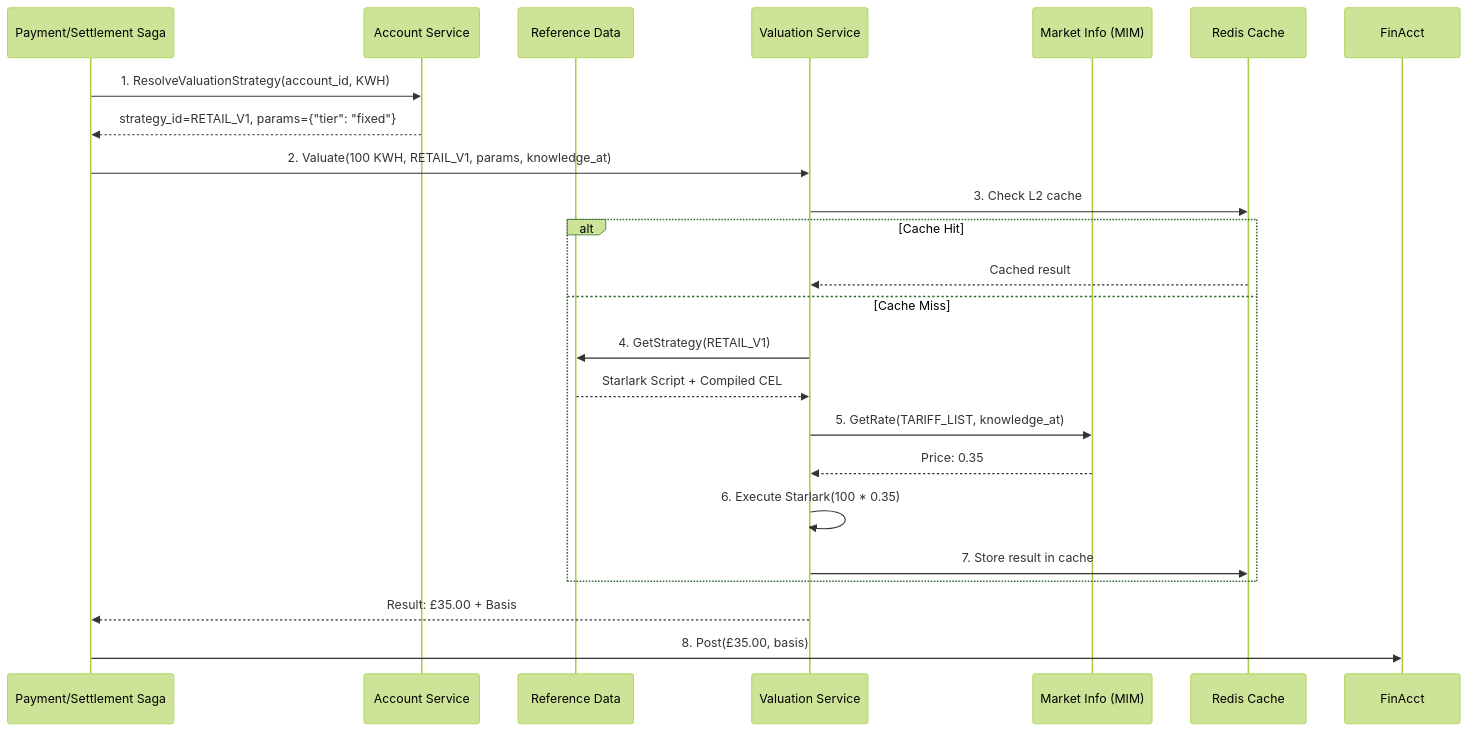
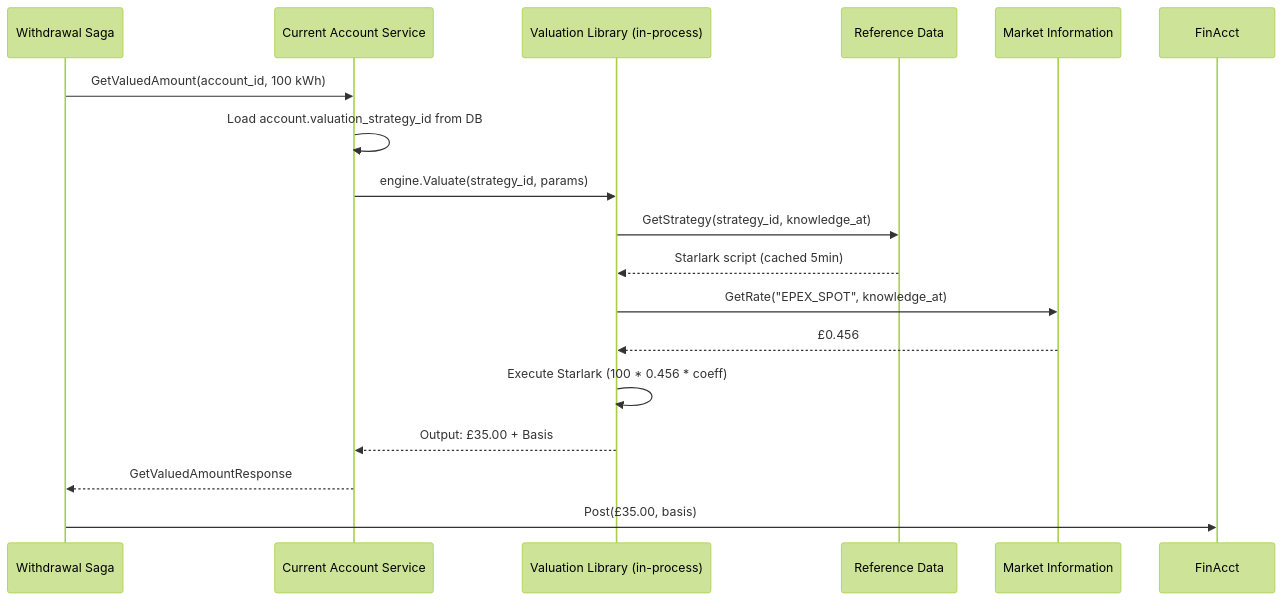
One commit to meridianhub/meridian changed the diagram in docs/prd/valuation-service.md. Above: the diagram before and after it, drawn with Mermaid (forest theme). The commit also changed other lines of this file, not shown here.

First line of the commit message:
docs: revise Valuation PRD - embedded library over standalone service

````diff
--- a/docs/prd/valuation-service.md
+++ b/docs/prd/valuation-service.md
@@ -404,32 +335,26 @@
 ```mermaid
 sequenceDiagram
-    participant Saga as Payment/Settlement Saga
-    participant Account as Account Service
+    participant Saga as Withdrawal Saga
+    participant Account as Current Account Service
+    participant Lib as Valuation Library (in-process)
     participant Ref as Reference Data
-    participant Val as Valuation Service
-    participant MIM as Market Info (MIM)
-    participant Cache as Redis Cache
+    participant MIM as Market Information
 
-    Saga->>Account: 1. ResolveValuationStrategy(account_id, KWH)
-    Account-->>Saga: strategy_id=RETAIL_V1, params={"tier": "fixed"}
+    Saga->>Account: GetValuedAmount(account_id, 100 kWh)
+    Account->>Account: Load account.valuation_strategy_id from DB
 
-    Saga->>Val: 2. Valuate(100 KWH, RETAIL_V1, params, knowledge_at)
+    Account->>Lib: engine.Valuate(strategy_id, params)
 
-    Val->>Cache: 3. Check L2 cache
-    alt Cache Hit
-        Cache-->>Val: Cached result
-    else Cache Miss
-        Val->>Ref: 4. GetStrategy(RETAIL_V1)
-        Ref-->>Val: Starlark Script + Compiled CEL
+    Lib->>Ref: GetStrategy(strategy_id, knowledge_at)
+    Ref-->>Lib: Starlark script (cached 5min)
 
-        Val->>MIM: 5. GetRate(TARIFF_LIST, knowledge_at)
-        MIM-->>Val: Price: 0.35
+    Lib->>MIM: GetRate("EPEX_SPOT", knowledge_at)
+    MIM-->>Lib: £0.456
 
-        Val->>Val: 6. Execute Starlark(100 * 0.35)
-        Val->>Cache: 7. Store result in cache
-    end
+    Lib->>Lib: Execute Starlark (100 * 0.456 * coeff)
+    Lib-->>Account: Output: £35.00 + Basis
 
-    Val-->>Saga: Result: £35.00 + Basis
+    Account-->>Saga: GetValuedAmountResponse
 
-    Saga->>FinAcct: 8. Post(£35.00, basis)
+    Saga->>FinAcct: Post(£35.00, basis)
 ```
````
